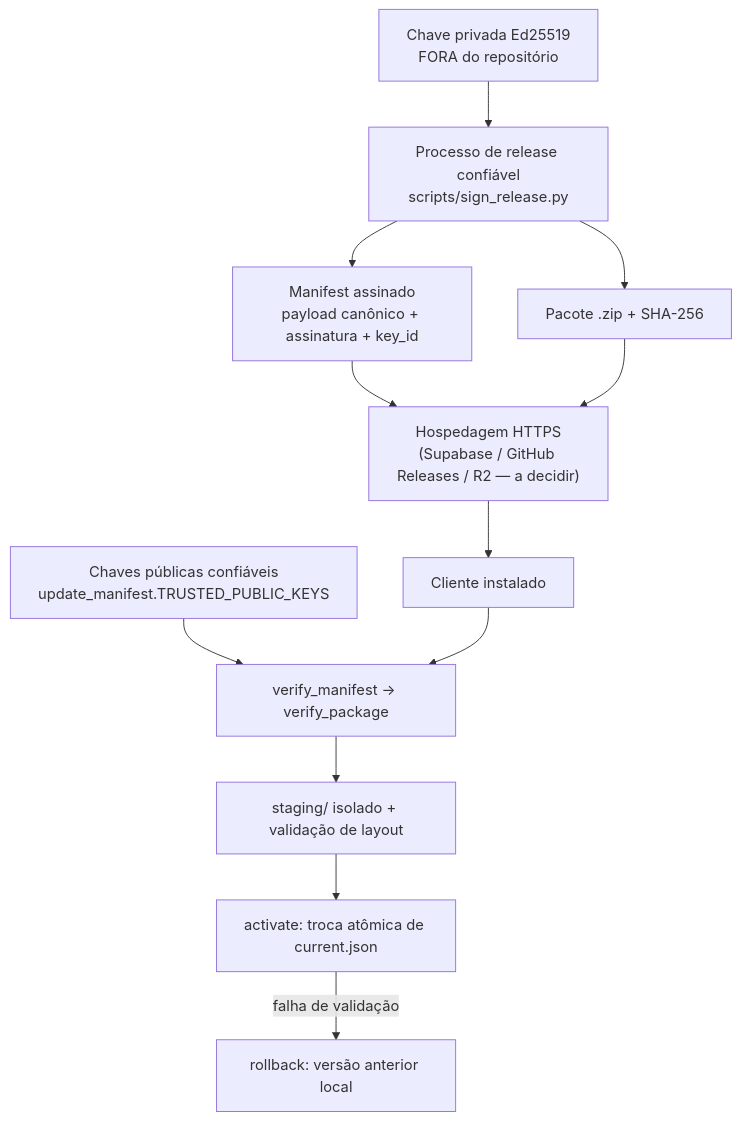
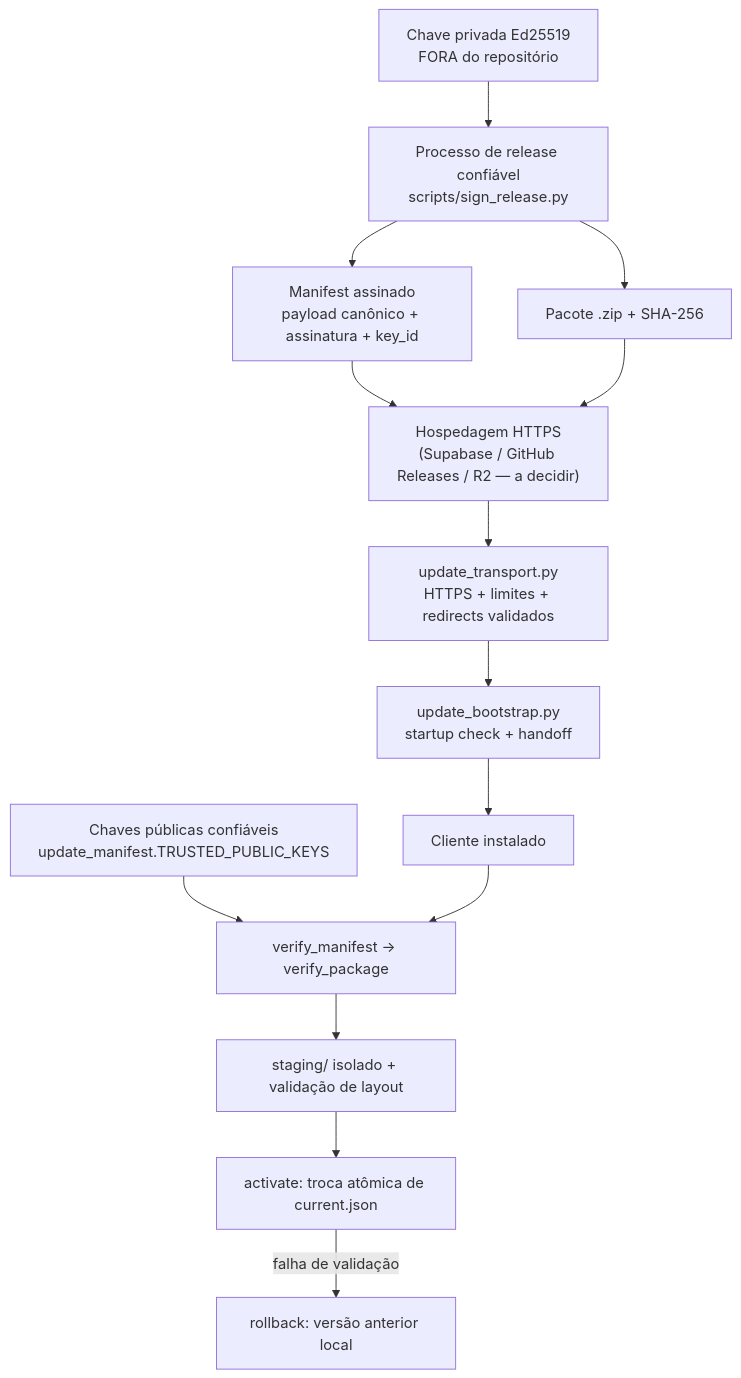
The fifth of 5 diagrams in docs/technical/DOCUMENTACAO_TECNICA.md (HenriquePvAr/Yomu-Sekai), drawn with Mermaid before and after one commit. The commit also changed other lines of this file and 10 other files, not shown here.

````diff
--- a/docs/technical/DOCUMENTACAO_TECNICA.md
+++ b/docs/technical/DOCUMENTACAO_TECNICA.md
@@ -996,25 +999,27 @@
 ```mermaid
 flowchart TD
     signer["Processo de release confiável<br/>scripts/sign_release.py"]
     key["Chave privada Ed25519<br/>FORA do repositório"]
     manifest["Manifest assinado<br/>payload canônico + assinatura + key_id"]
     pkg["Pacote .zip + SHA-256"]
     host["Hospedagem HTTPS<br/>(Supabase / GitHub Releases / R2 — a decidir)"]
+    transport["update_transport.py<br/>HTTPS + limites + redirects validados"]
+    bootstrap["update_bootstrap.py<br/>startup check + handoff"]
     client["Cliente instalado"]
     pub["Chaves públicas confiáveis<br/>update_manifest.TRUSTED_PUBLIC_KEYS"]
     verify["verify_manifest → verify_package"]
     stage["staging/ isolado + validação de layout"]
     activate["activate: troca atômica de current.json"]
     rollback["rollback: versão anterior local"]
 
     key --> signer
     signer --> manifest
     signer --> pkg
     manifest --> host
     pkg --> host
-    host --> client
+    host --> transport --> bootstrap --> client
     pub --> verify
     client --> verify
     verify --> stage --> activate
     activate -->|falha de validação| rollback
 ```
````
